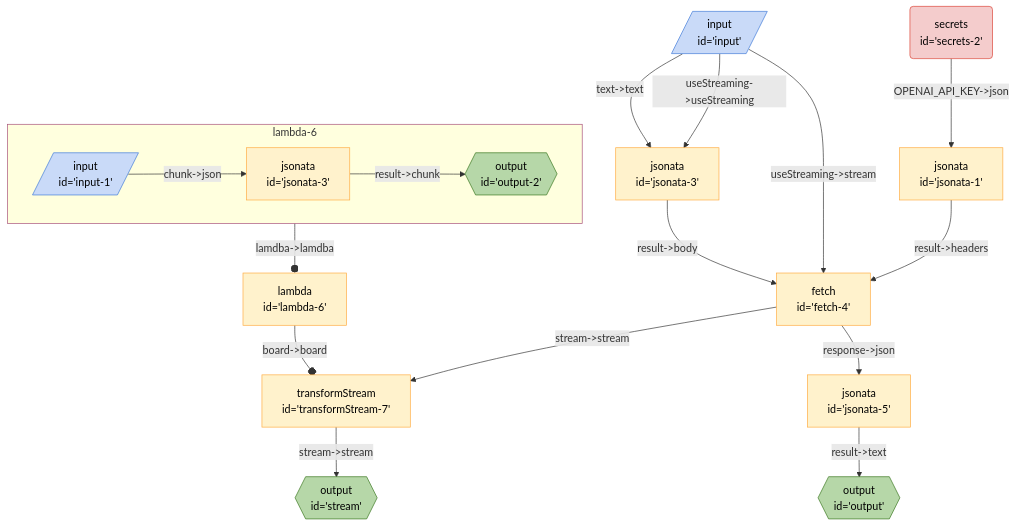
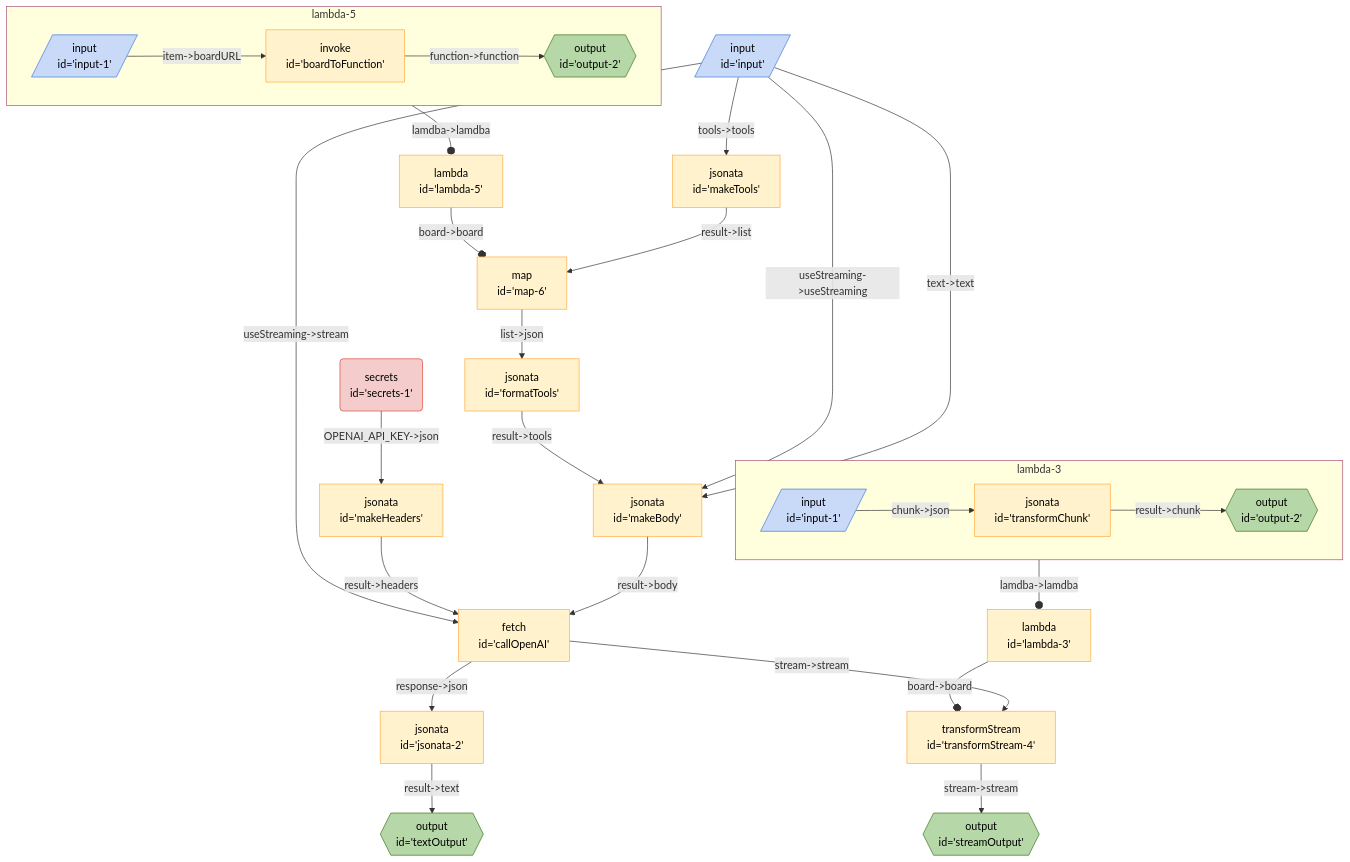
One commit to breadboard-ai/breadboard changed the diagram in seeds/breadboard-web/docs/graphs/openai-gpt-35-turbo.md. Above: the diagram before and after it, drawn with Mermaid. The commit also changed 5 other files, not shown here.

````diff
--- a/seeds/breadboard-web/docs/graphs/openai-gpt-35-turbo.md
+++ b/seeds/breadboard-web/docs/graphs/openai-gpt-35-turbo.md
@@ -3,29 +3,40 @@
 ```mermaid
 %%{init: 'themeVariables': { 'fontFamily': 'Fira Code, monospace' }}%%
 graph TD;
-secrets2("secrets <br> id='secrets-2'"):::secrets -- "OPENAI_API_KEY->json" --> jsonata1["jsonata <br> id='jsonata-1'"]
-input[/"input <br> id='input'"/]:::input -- "useStreaming->stream" --> fetch4["fetch <br> id='fetch-4'"]
-jsonata1["jsonata <br> id='jsonata-1'"] -- "result->headers" --> fetch4["fetch <br> id='fetch-4'"]
-lambda6["lambda <br> id='lambda-6'"] -- "board->board" --o transformStream7["transformStream <br> id='transformStream-7'"]
-subgraph sg_lambda6 [lambda-6]
-lambda6_jsonata3["jsonata <br> id='jsonata-3'"] -- "result->chunk" --> lambda6_output2{{"output <br> id='output-2'"}}:::output
-lambda6_input1[/"input <br> id='input-1'"/]:::input -- "chunk->json" --> lambda6_jsonata3["jsonata <br> id='jsonata-3'"]
+secrets1("secrets <br> id='secrets-1'"):::secrets -- "OPENAI_API_KEY->json" --> makeHeaders["jsonata <br> id='makeHeaders'"]
+input[/"input <br> id='input'"/]:::input -- "useStreaming->stream" --> callOpenAI["fetch <br> id='callOpenAI'"]
+makeHeaders["jsonata <br> id='makeHeaders'"] -- "result->headers" --> callOpenAI["fetch <br> id='callOpenAI'"]
+lambda3["lambda <br> id='lambda-3'"] -- "board->board" --o transformStream4["transformStream <br> id='transformStream-4'"]
+subgraph sg_lambda3 [lambda-3]
+lambda3_transformChunk["jsonata <br> id='transformChunk'"] -- "result->chunk" --> lambda3_output2{{"output <br> id='output-2'"}}:::output
+lambda3_input1[/"input <br> id='input-1'"/]:::input -- "chunk->json" --> lambda3_transformChunk["jsonata <br> id='transformChunk'"]
 end
-sg_lambda6:::slotted -- "lamdba->lamdba" --o lambda6
+sg_lambda3:::slotted -- "lamdba->lamdba" --o lambda3
 
-input[/"input <br> id='input'"/]:::input -- "useStreaming->useStreaming" --> jsonata3["jsonata <br> id='jsonata-3'"]
-jsonata5["jsonata <br> id='jsonata-5'"] -- "result->text" --> output{{"output <br> id='output'"}}:::output
-fetch4["fetch <br> id='fetch-4'"] -- "response->json" --> jsonata5["jsonata <br> id='jsonata-5'"]
-transformStream7["transformStream <br> id='transformStream-7'"] -- "stream->stream" --> stream{{"output <br> id='stream'"}}:::output
-fetch4["fetch <br> id='fetch-4'"] -- "stream->stream" --> transformStream7["transformStream <br> id='transformStream-7'"]
-jsonata3["jsonata <br> id='jsonata-3'"] -- "result->body" --> fetch4["fetch <br> id='fetch-4'"]
-input[/"input <br> id='input'"/]:::input -- "text->text" --> jsonata3["jsonata <br> id='jsonata-3'"]
+lambda5["lambda <br> id='lambda-5'"] -- "board->board" --o map6["map <br> id='map-6'"]
+subgraph sg_lambda5 [lambda-5]
+lambda5_boardToFunction["invoke <br> id='boardToFunction'"] -- "function->function" --> lambda5_output2{{"output <br> id='output-2'"}}:::output
+lambda5_input1[/"input <br> id='input-1'"/]:::input -- "item->boardURL" --> lambda5_boardToFunction["invoke <br> id='boardToFunction'"]
+end
+sg_lambda5:::slotted -- "lamdba->lamdba" --o lambda5
+
+formatTools["jsonata <br> id='formatTools'"] -- "result->tools" --> makeBody["jsonata <br> id='makeBody'"]
+map6["map <br> id='map-6'"] -- "list->json" --> formatTools["jsonata <br> id='formatTools'"]
+makeTools["jsonata <br> id='makeTools'"] -- "result->list" --> map6["map <br> id='map-6'"]
+input[/"input <br> id='input'"/]:::input -- "tools->tools" --> makeTools["jsonata <br> id='makeTools'"]
+input[/"input <br> id='input'"/]:::input -- "useStreaming->useStreaming" --> makeBody["jsonata <br> id='makeBody'"]
+jsonata2["jsonata <br> id='jsonata-2'"] -- "result->text" --> textOutput{{"output <br> id='textOutput'"}}:::output
+callOpenAI["fetch <br> id='callOpenAI'"] -- "response->json" --> jsonata2["jsonata <br> id='jsonata-2'"]
+transformStream4["transformStream <br> id='transformStream-4'"] -- "stream->stream" --> streamOutput{{"output <br> id='streamOutput'"}}:::output
+callOpenAI["fetch <br> id='callOpenAI'"] -- "stream->stream" --> transformStream4["transformStream <br> id='transformStream-4'"]
+makeBody["jsonata <br> id='makeBody'"] -- "result->body" --> callOpenAI["fetch <br> id='callOpenAI'"]
+input[/"input <br> id='input'"/]:::input -- "text->text" --> makeBody["jsonata <br> id='makeBody'"]
 classDef default stroke:#ffab40,fill:#fff2ccff,color:#000
 classDef input stroke:#3c78d8,fill:#c9daf8ff,color:#000
 classDef output stroke:#38761d,fill:#b6d7a8ff,color:#000
 classDef passthrough stroke:#a64d79,fill:#ead1dcff,color:#000
 classDef slot stroke:#a64d79,fill:#ead1dcff,color:#000
 classDef config stroke:#a64d79,fill:#ead1dcff,color:#000
 classDef secrets stroke:#db4437,fill:#f4cccc,color:#000
 classDef slotted stroke:#a64d79
 ```
````
